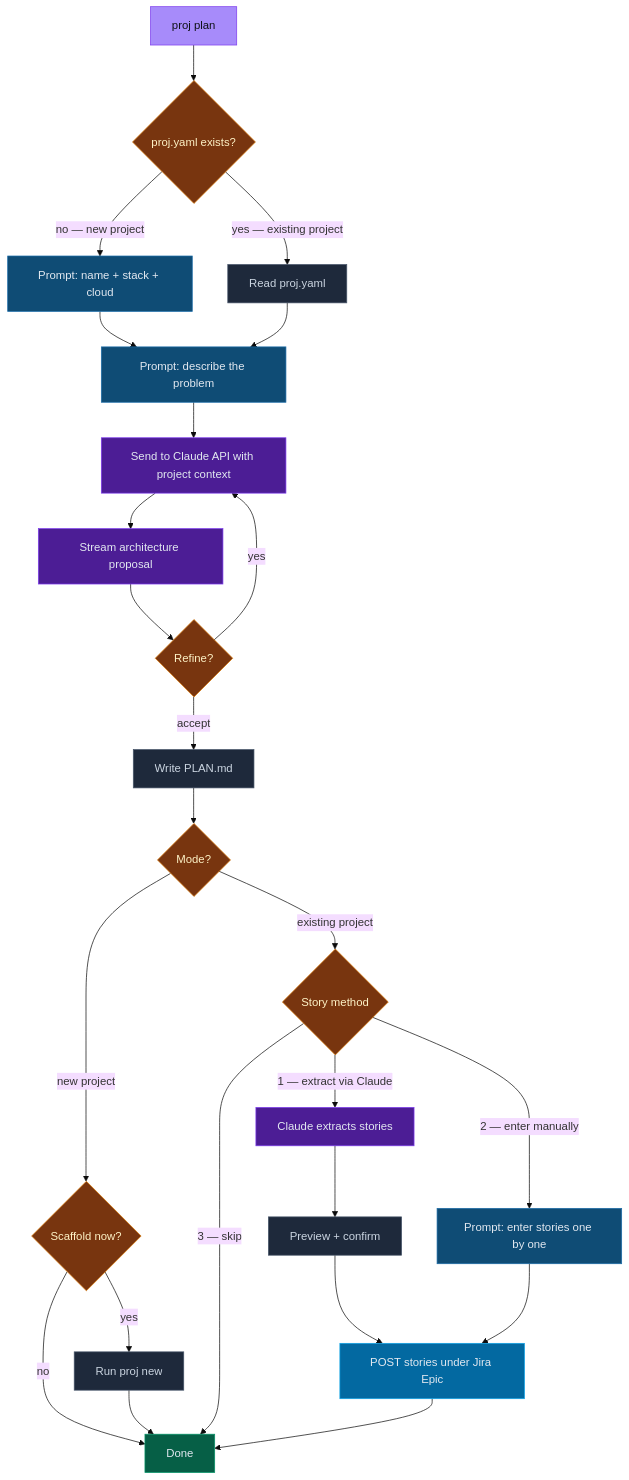
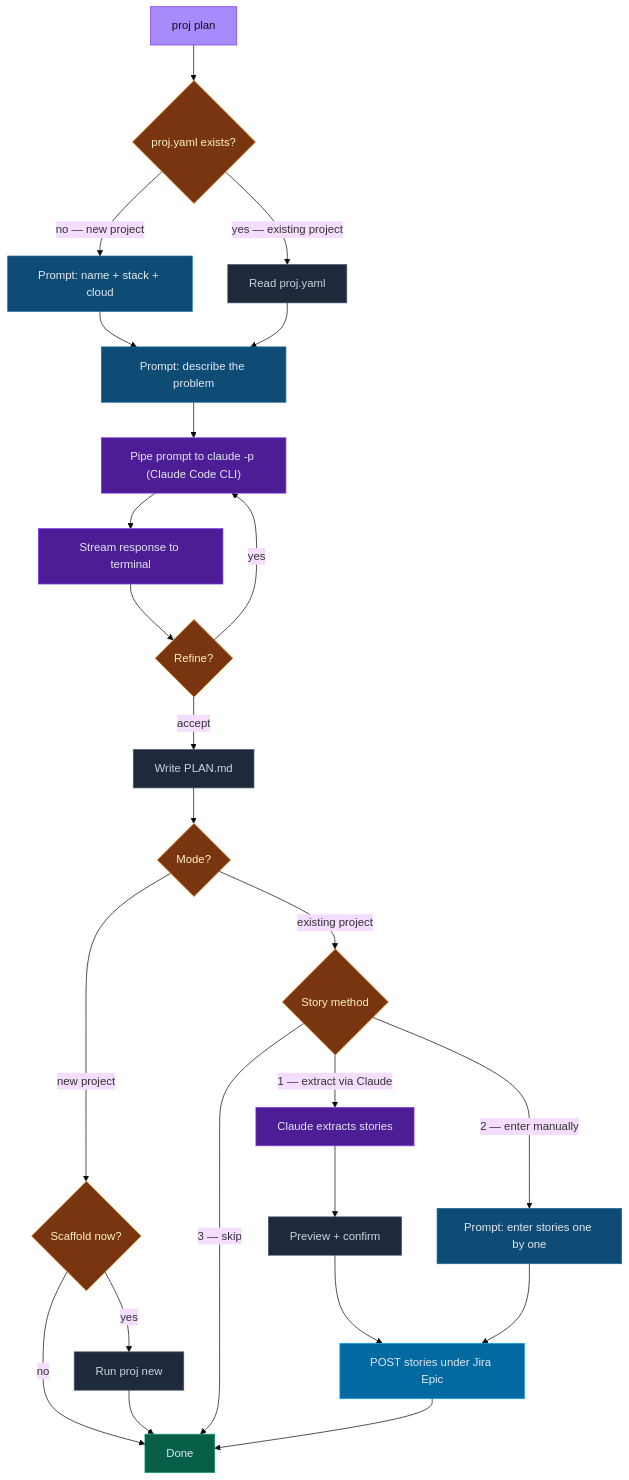
Before and after one commit to erosrage/Athena: the third of 7 diagrams in README.md, drawn with Mermaid (base theme). The commit also changed other lines of this file and 1 other file, not shown here.

First line of the commit message:
docs: update all Mermaid diagrams to current state

````diff
--- a/README.md
+++ b/README.md
@@ -77,34 +77,34 @@
 ```mermaid
 flowchart TD
     A["proj plan"]:::entry
     A --> M{"proj.yaml exists?"}:::decision
     M -->|"no — new project"| NP1["Prompt: name + stack + cloud"]:::prompt
     M -->|"yes — existing project"| EP1["Read proj.yaml"]:::action
     NP1 --> P["Prompt: describe the problem"]:::prompt
     EP1 --> P
-    P --> L["Send to Claude API with project context"]:::llm
-    L --> R["Stream architecture proposal"]:::llm
+    P --> L["Pipe prompt to claude -p (Claude Code CLI)"]:::llm
+    L --> R["Stream response to terminal"]:::llm
     R --> F{"Refine?"}:::decision
     F -->|"yes"| L
     F -->|"accept"| G["Write PLAN.md"]:::action
     G --> MX{"Mode?"}:::decision
     MX -->|"new project"| SC{"Scaffold now?"}:::decision
     SC -->|"yes"| SN["Run proj new"]:::action
     SC -->|"no"| Z["Done"]:::done
     SN --> Z
     MX -->|"existing project"| SM{"Story method"}:::decision
     SM -->|"1 — extract via Claude"| H["Claude extracts stories"]:::llm
     SM -->|"2 — enter manually"| MN["Prompt: enter stories one by one"]:::prompt
     SM -->|"3 — skip"| Z
     H --> I["Preview + confirm"]:::action
     I --> K["POST stories under Jira Epic"]:::jira
     MN --> K
     K --> Z
     classDef entry fill:#a78bfa,stroke:#7c3aed,color:#0f1117
     classDef prompt fill:#0f4c75,stroke:#1b6ca8,color:#e2e8f0
     classDef action fill:#1e293b,stroke:#475569,color:#cbd5e1
     classDef decision fill:#78350f,stroke:#d97706,color:#fef3c7
     classDef llm fill:#4c1d95,stroke:#7c3aed,color:#e2e8f0
     classDef jira fill:#0369a1,stroke:#0ea5e9,color:#e2e8f0
     classDef done fill:#065f46,stroke:#059669,color:#e2e8f0
 ```
````
